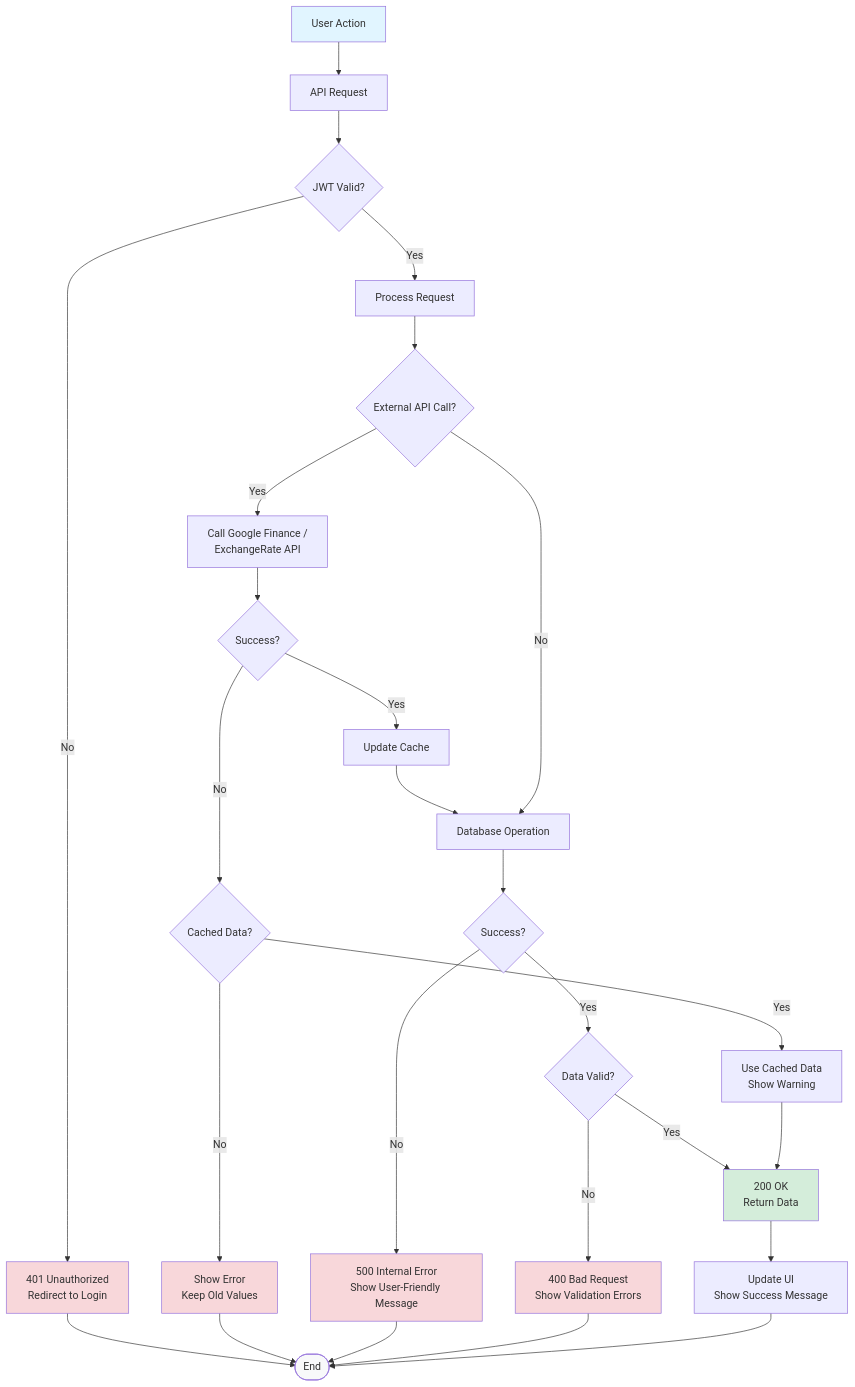
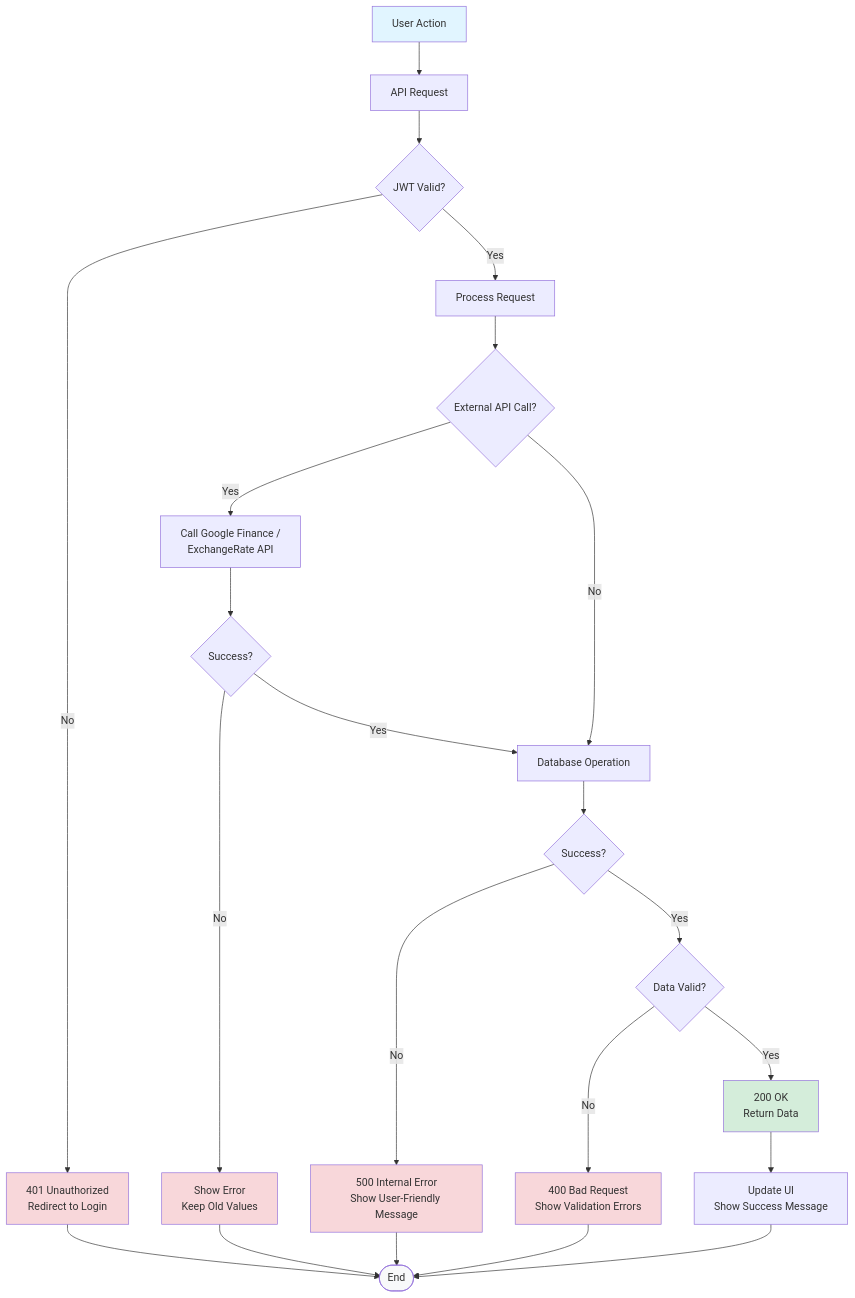
The tenth of 10 diagrams in docs/diagrams/use-case-flows.md (marcelrienks/Prosperity), drawn with Mermaid before and after one commit. The commit also changed other lines of this file and 7 other files, not shown here.

````diff
--- a/docs/diagrams/use-case-flows.md
+++ b/docs/diagrams/use-case-flows.md
@@ -461,47 +448,44 @@
 ```mermaid
 flowchart TD
     UserAction[User Action] --> APICall[API Request]
     
     APICall --> CheckAuth{JWT Valid?}
     CheckAuth -->|No| Unauthorized[401 Unauthorized<br/>Redirect to Login]
     CheckAuth -->|Yes| ProcessRequest
     
     ProcessRequest[Process Request] --> ExternalAPI{External API Call?}
     
     ExternalAPI -->|Yes| CallExternal[Call Google Finance /<br/>ExchangeRate API]
     CallExternal --> ExtSuccess{Success?}
     
-    ExtSuccess -->|No| CacheCheck{Cached Data?}
-    CacheCheck -->|Yes| UseCached[Use Cached Data<br/>Show Warning]
-    CacheCheck -->|No| ShowError[Show Error<br/>Keep Old Values]
+    ExtSuccess -->|No| ShowError[Show Error<br/>Keep Old Values]
     
-    ExtSuccess -->|Yes| UpdateCache[Update Cache]
-    UpdateCache --> ProcessDB
+    ExtSuccess -->|Yes| ProcessDB
     
     ExternalAPI -->|No| ProcessDB
     
     ProcessDB[Database Operation] --> DBSuccess{Success?}
     
     DBSuccess -->|No| DBError[500 Internal Error<br/>Show User-Friendly Message]
     DBSuccess -->|Yes| ValidateData{Data Valid?}
     
     ValidateData -->|No| ValidationError[400 Bad Request<br/>Show Validation Errors]
     ValidateData -->|Yes| Success[200 OK<br/>Return Data]
     
-    UseCached --> Success
+
     Success --> UpdateUI[Update UI<br/>Show Success Message]
     
     Unauthorized --> End([End])
     ShowError --> End
     DBError --> End
     ValidationError --> End
     UpdateUI --> End
 
     style UserAction fill:#e1f5ff
     style Success fill:#d4edda
     style Unauthorized fill:#f8d7da
     style ShowError fill:#f8d7da
     style DBError fill:#f8d7da
     style ValidationError fill:#f8d7da
     style End fill:#f8f9fa
 ```
````
